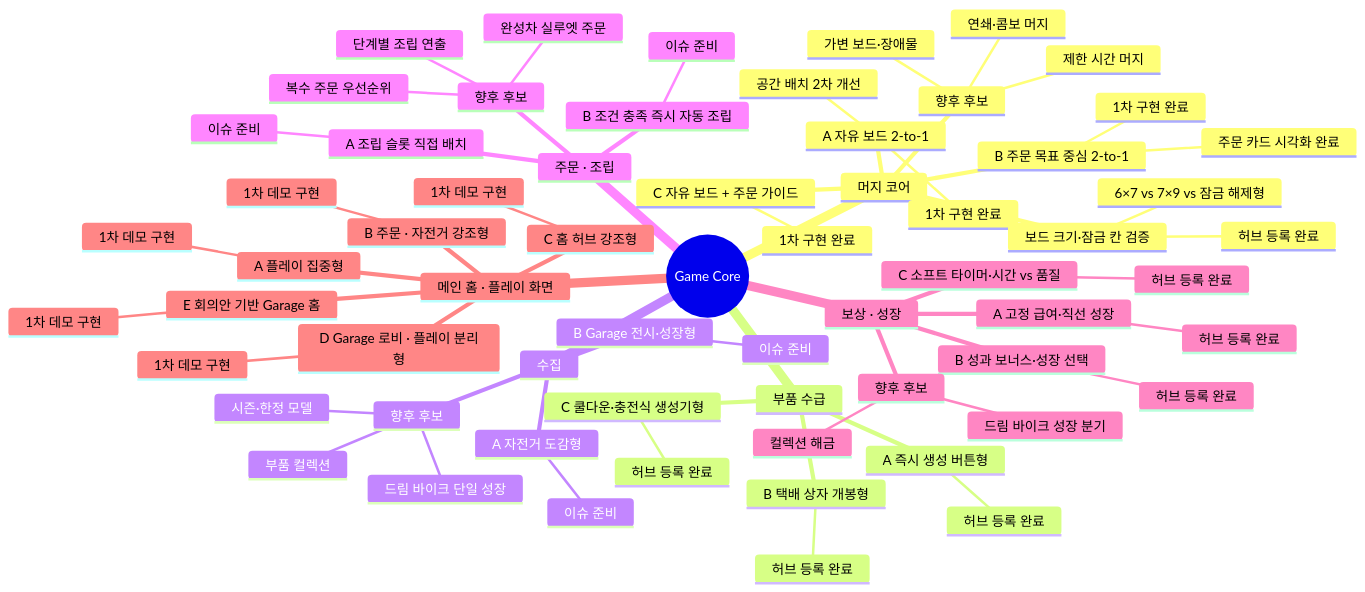
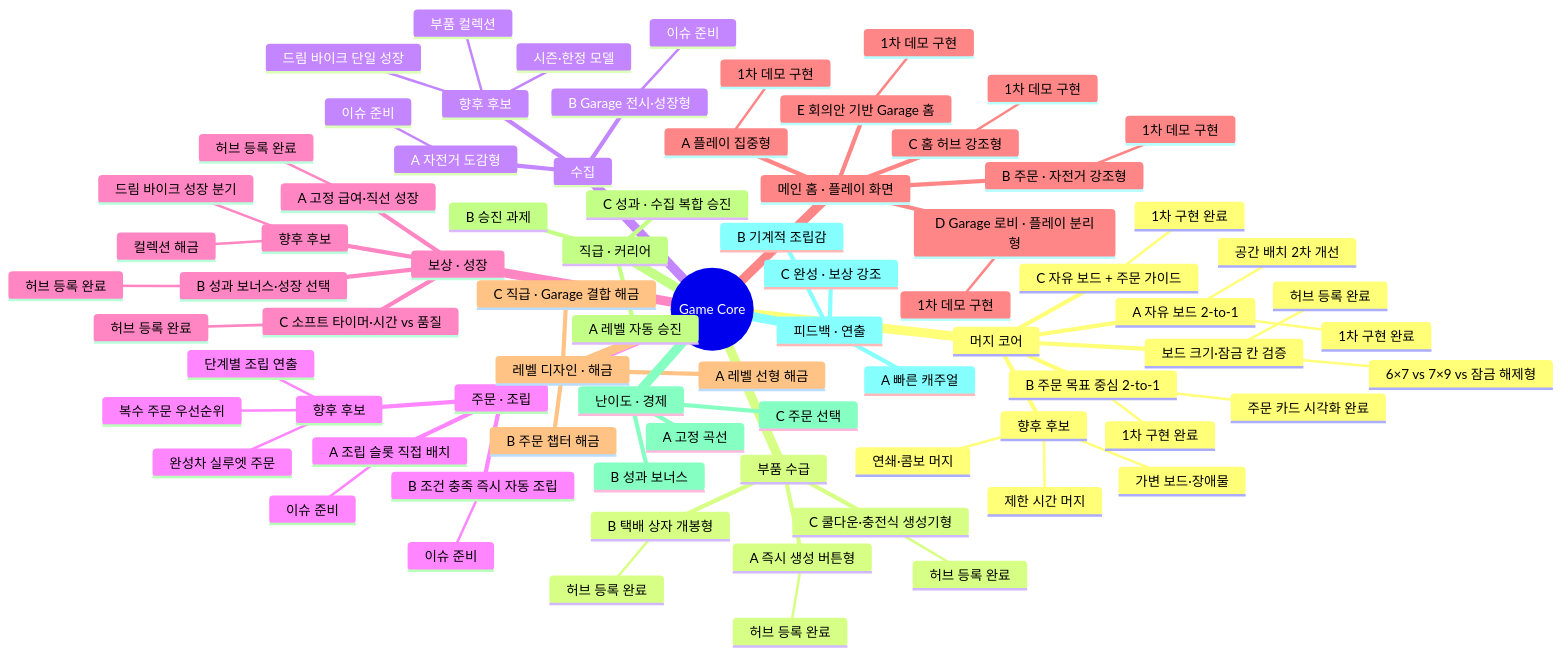
One commit to aigemro/dream-bike-garage-lab changed the second of 4 diagrams in docs/LAB_PROTOTYPE_MAP.md. Above: the diagram before and after it, drawn with Mermaid. The commit also changed other lines of this file and 17 other files, not shown here.

````diff
--- a/docs/LAB_PROTOTYPE_MAP.md
+++ b/docs/LAB_PROTOTYPE_MAP.md
@@ -40,66 +44,82 @@
 ```mermaid
 mindmap
   root((Game Core))
     머지 코어
       A 자유 보드 2-to-1
         1차 구현 완료
         공간 배치 2차 개선
       B 주문 목표 중심 2-to-1
         1차 구현 완료
         주문 카드 시각화 완료
       C 자유 보드 + 주문 가이드
         1차 구현 완료
       보드 크기·잠금 칸 검증
         6×7 vs 7×9 vs 잠금 해제형
         허브 등록 완료
       향후 후보
         연쇄·콤보 머지
         제한 시간 머지
         가변 보드·장애물
     부품 수급
       A 즉시 생성 버튼형
         허브 등록 완료
       B 택배 상자 개봉형
         허브 등록 완료
       C 쿨다운·충전식 생성기형
         허브 등록 완료
     수집
       A 자전거 도감형
         이슈 준비
       B Garage 전시·성장형
         이슈 준비
       향후 후보
         드림 바이크 단일 성장
         부품 컬렉션
         시즌·한정 모델
     주문 · 조립
       A 조립 슬롯 직접 배치
         이슈 준비
       B 조건 충족 즉시 자동 조립
         이슈 준비
       향후 후보
         단계별 조립 연출
         완성차 실루엣 주문
         복수 주문 우선순위
     보상 · 성장
       A 고정 급여·직선 성장
         허브 등록 완료
       B 성과 보너스·성장 선택
         허브 등록 완료
       C 소프트 타이머·시간 vs 품질
         허브 등록 완료
       향후 후보
         컬렉션 해금
         드림 바이크 성장 분기
     메인 홈 · 플레이 화면
       A 플레이 집중형
         1차 데모 구현
       B 주문 · 자전거 강조형
         1차 데모 구현
       C 홈 허브 강조형
         1차 데모 구현
       D Garage 로비 · 플레이 분리형
         1차 데모 구현
       E 회의안 기반 Garage 홈
         1차 데모 구현
+    레벨 디자인 · 해금
+      A 레벨 선형 해금
+      B 주문 챕터 해금
+      C 직급 · Garage 결합 해금
+    직급 · 커리어
+      A 레벨 자동 승진
+      B 승진 과제
+      C 성과 · 수집 복합 승진
+    난이도 · 경제
+      A 고정 곡선
+      B 성과 보너스
+      C 주문 선택
+    피드백 · 연출
+      A 빠른 캐주얼
+      B 기계적 조립감
+      C 완성 · 보상 강조
 ```
````
